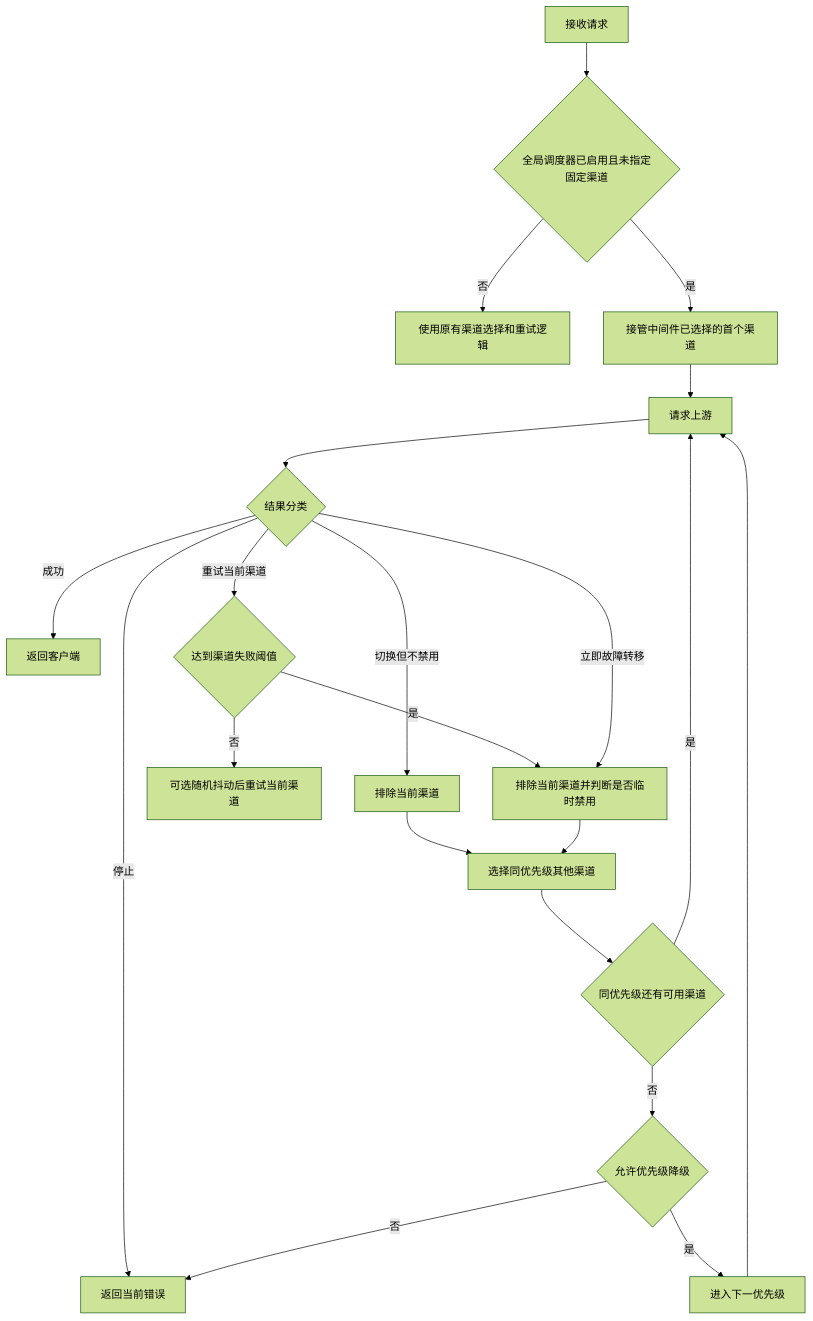
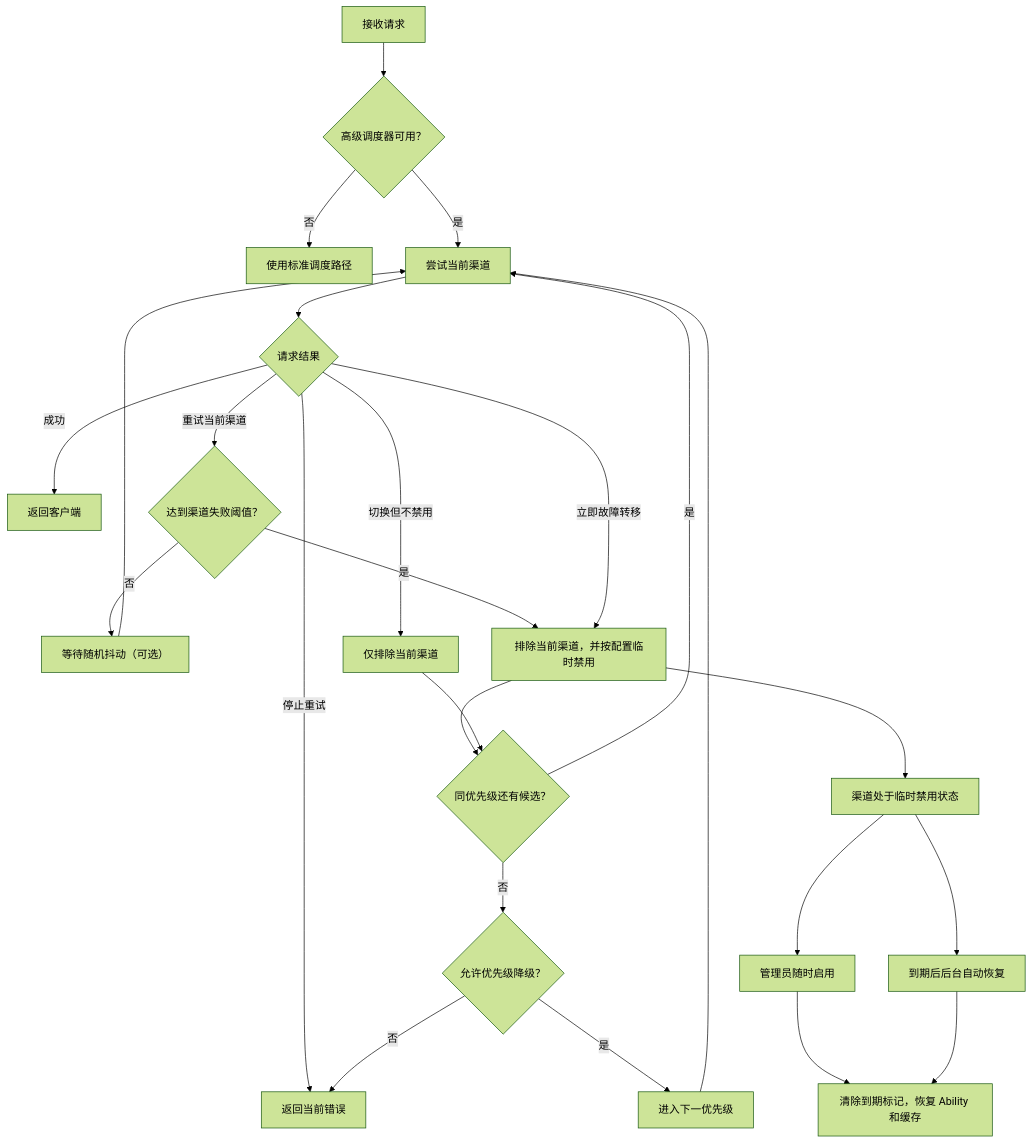
One commit to ccw-HE/new-api changed the diagram in README-FORK.md. Above: the diagram before and after it, drawn with Mermaid (forest theme). The commit also changed other lines of this file, not shown here.

````diff
--- a/README-FORK.md
+++ b/README-FORK.md
@@ -42,23 +31,27 @@
 ```mermaid
 flowchart TD
-    A[接收请求] --> B{全局调度器已启用且未指定固定渠道}
-    B -- 否 --> C[使用原有渠道选择和重试逻辑]
-    B -- 是 --> D[接管中间件已选择的首个渠道]
-    D --> E[请求上游]
-    E --> F{结果分类}
-    F -- 成功 --> G[返回客户端]
-    F -- 停止 --> H[返回当前错误]
-    F -- 切换但不禁用 --> I[排除当前渠道]
-    F -- 重试当前渠道 --> J{达到渠道失败阈值}
-    J -- 否 --> K[可选随机抖动后重试当前渠道]
-    J -- 是 --> L[排除当前渠道并判断是否临时禁用]
-    F -- 立即故障转移 --> L
-    I --> M[选择同优先级其他渠道]
-    L --> M
-    M --> N{同优先级还有可用渠道}
-    N -- 是 --> E
-    N -- 否 --> O{允许优先级降级}
-    O -- 是 --> P[进入下一优先级]
-    P --> E
-    O -- 否 --> H
+    A["接收请求"] --> B{"高级调度器可用？"}
+    B -- "否" --> Z["使用标准调度路径"]
+    B -- "是" --> C["尝试当前渠道"]
+    C --> D{"请求结果"}
+    D -- "成功" --> E["返回客户端"]
+    D -- "停止重试" --> F["返回当前错误"]
+    D -- "重试当前渠道" --> G{"达到渠道失败阈值？"}
+    G -- "否" --> H["等待随机抖动（可选）"]
+    H --> C
+    G -- "是" --> I["排除当前渠道，并按配置临时禁用"]
+    D -- "立即故障转移" --> I
+    D -- "切换但不禁用" --> J["仅排除当前渠道"]
+    I --> K{"同优先级还有候选？"}
+    J --> K
+    K -- "是" --> C
+    K -- "否" --> L{"允许优先级降级？"}
+    L -- "是" --> M["进入下一优先级"]
+    M --> C
+    L -- "否" --> F
+    I --> N["渠道处于临时禁用状态"]
+    N --> O["管理员随时启用"]
+    N --> P["到期后后台自动恢复"]
+    O --> Q["清除到期标记，恢复 Ability 和缓存"]
+    P --> Q
 ```
````
